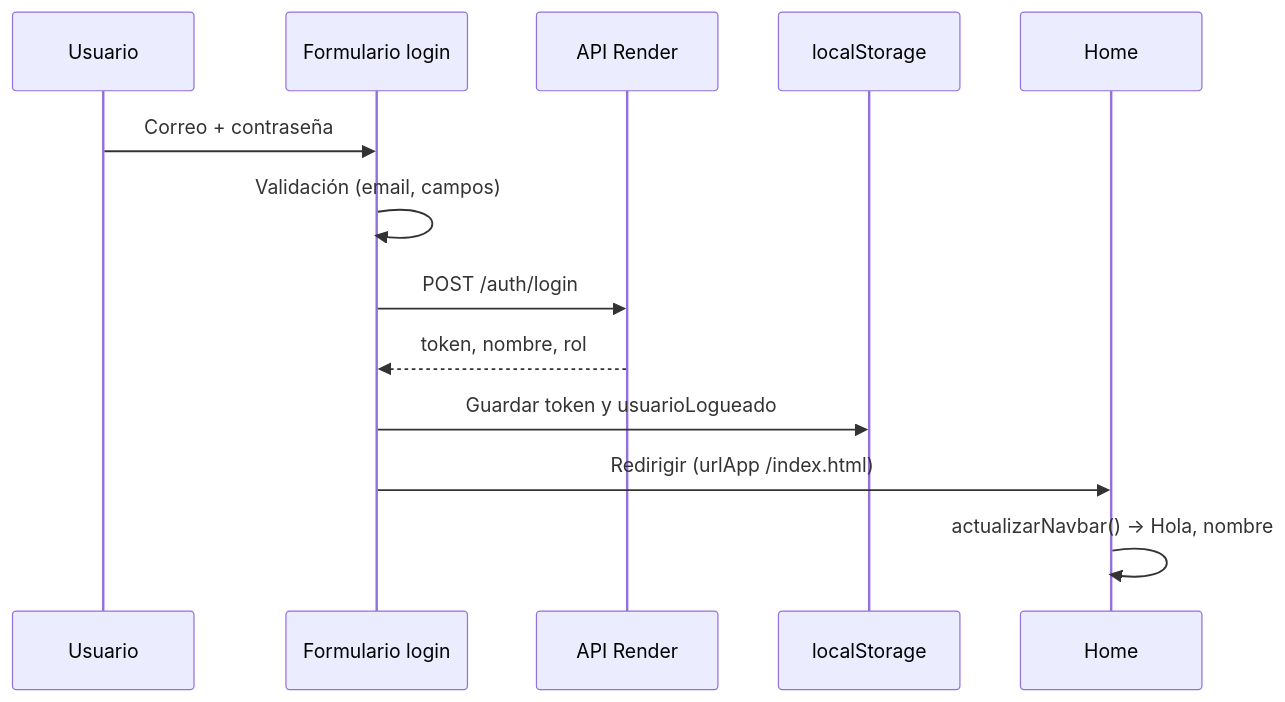
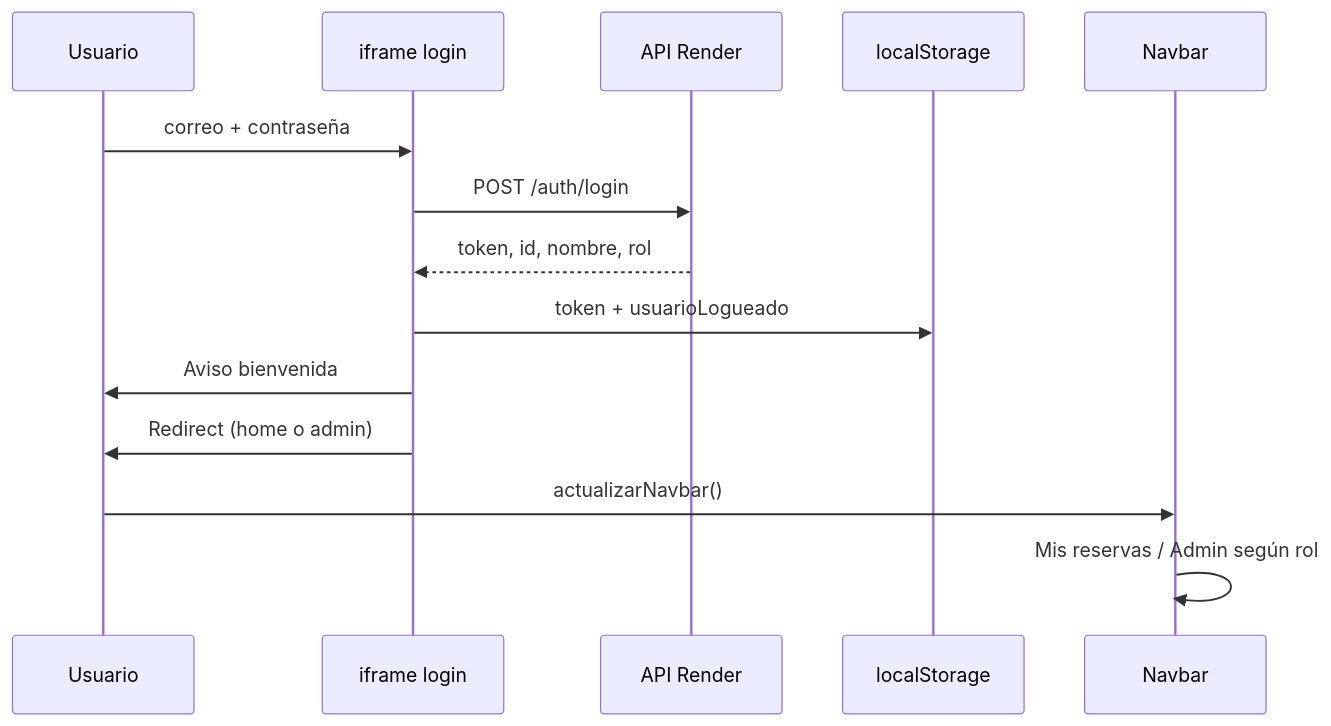
Before and after one commit to EnithV/stylefactory: the diagram in README.md, drawn with Mermaid. The commit also changed other lines of this file, not shown here.

Commit message:
Actualizar README con arquitectura, rutas, integracion API y guia de despliegue.

````diff
--- a/README.md
+++ b/README.md
@@ -96,16 +190,17 @@
 ```mermaid
 sequenceDiagram
     participant U as Usuario
-    participant F as Formulario login
+    participant IF as iframe login
     participant API as API Render
     participant LS as localStorage
-    participant H as Home
+    participant NAV as Navbar
 
-    U->>F: Correo + contraseña
-    F->>F: Validación (email, campos)
-    F->>API: POST /auth/login
-    API-->>F: token, nombre, rol
-    F->>LS: Guardar token y usuarioLogueado
-    F->>H: Redirigir (urlApp /index.html)
-    H->>H: actualizarNavbar() → Hola, nombre
+    U->>IF: correo + contraseña
+    IF->>API: POST /auth/login
+    API-->>IF: token, id, nombre, rol
+    IF->>LS: token + usuarioLogueado
+    IF->>U: Aviso bienvenida
+    IF->>U: Redirect (home o admin)
+    U->>NAV: actualizarNavbar()
+    NAV->>NAV: Mis reservas / Admin según rol
 ```
````
